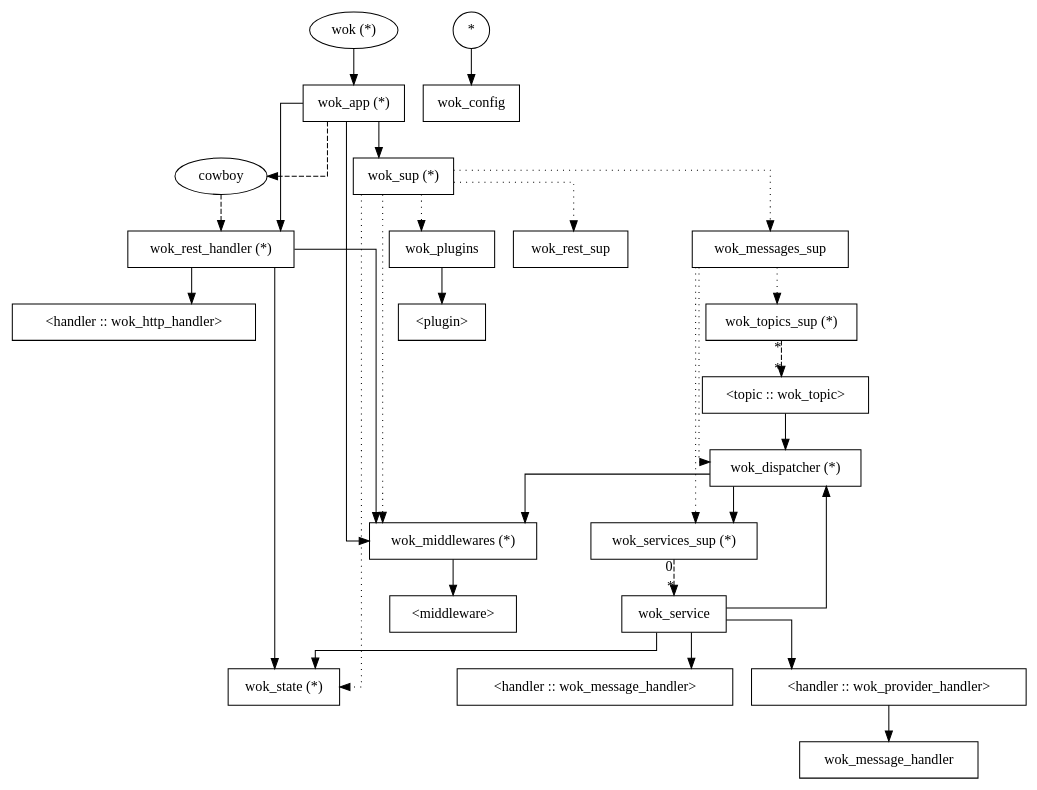
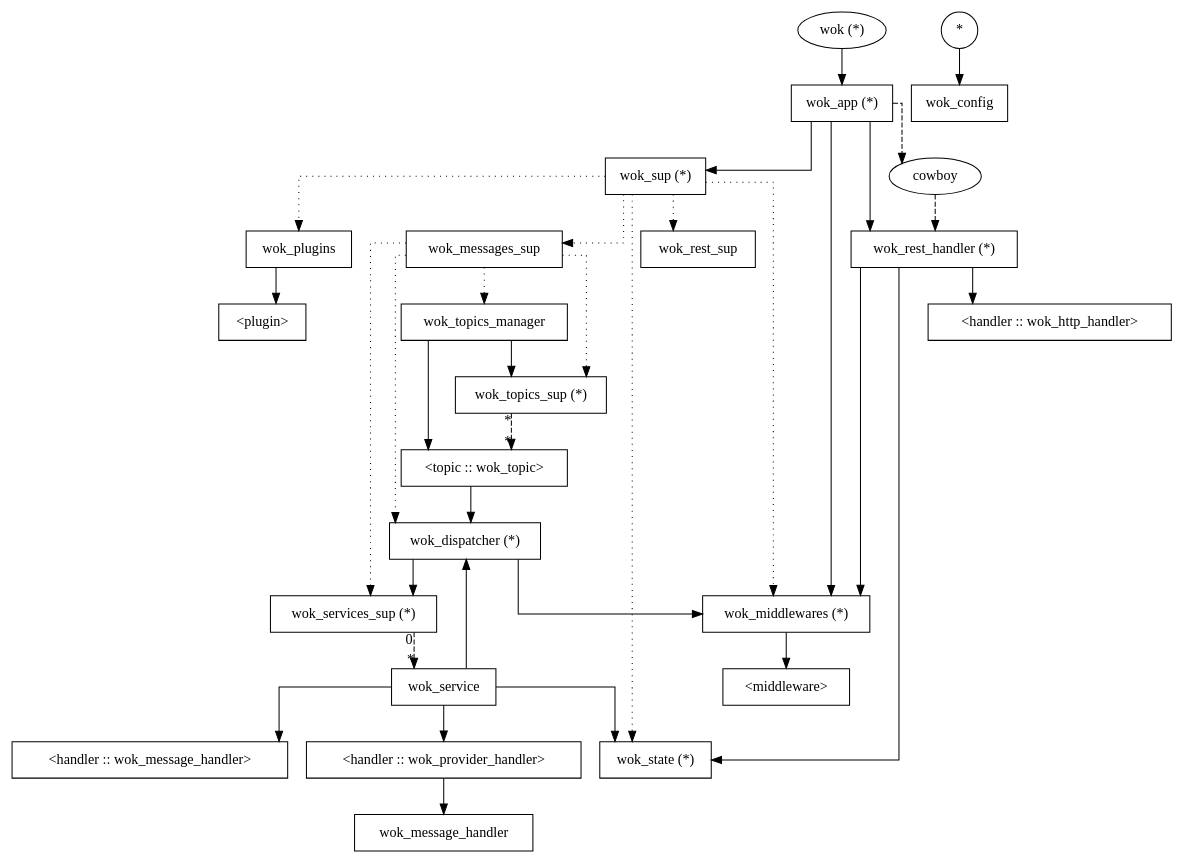
The diagram in wok.call.gv (botsunit/wok), drawn with Graphviz before and after one commit. The commit also changed 12 other files, not shown here.

Commit message:
Add topic manager

```diff
--- a/wok.call.gv
+++ b/wok.call.gv
@@ -1,67 +1,71 @@
 digraph wok {
   node[shape=box];
-  graph[ 
+  graph[
     overlap=false,
     splines=ortho
-  ] 
+  ]
 
   wok[shape=oval, label="wok (*)"];
   wok_app[label="wok_app (*)"];
   wok_sup[label="wok_sup (*)"];
   wok_rest_handler[label="wok_rest_handler (*)"];
   wok_middlewares[label="wok_middlewares (*)"];
   wok_dispatcher[label="wok_dispatcher (*)"];
   wok_services_sup[label="wok_services_sup (*)"];
   wok_topics_sup[label="wok_topics_sup (*)"];
   wok_topic[label="wok_topic (*)"];
   wok_state[label="wok_state (*)"];
   cowboy[shape=oval];
   __wok_config__[shape=circle, label="*"];
   wok_topic[label = "<topic :: wok_topic>"];
 
   wok -> wok_app;
 
   wok_app -> wok_sup;
   wok_app -> cowboy [style=dashed];
   wok_app -> wok_rest_handler;
   wok_app -> wok_middlewares;
 
   wok_sup -> wok_messages_sup [style=dotted];
   wok_sup -> wok_rest_sup [style=dotted];
   wok_sup -> wok_plugins [style=dotted];
   wok_sup -> wok_middlewares [style=dotted];
   wok_sup -> wok_state [style=dotted];
 
   wok_plugins -> "<plugin>";
 
   cowboy -> wok_rest_handler [style=dashed];
 
   wok_rest_handler -> "<handler :: wok_http_handler>";
   wok_rest_handler -> wok_middlewares;
   wok_rest_handler -> wok_state;
 
   wok_middlewares -> "<middleware>";
 
   wok_messages_sup -> wok_dispatcher [style=dotted];
   wok_messages_sup -> wok_services_sup [style=dotted];
   wok_messages_sup -> wok_topics_sup [style=dotted];
+  wok_messages_sup -> wok_topics_manager [style=dotted];
+
+  wok_topics_manager -> wok_topics_sup;
+  wok_topics_manager -> wok_topic;
 
   wok_dispatcher -> wok_services_sup;
   wok_dispatcher -> wok_middlewares;
 
   wok_services_sup -> wok_service [style=dashed, headlabel="*", taillabel="0"];
 
   wok_topics_sup -> wok_topic [style=dashed, headlabel="*", taillabel="*"];
 
   wok_topic -> wok_dispatcher;
 
   wok_service -> wok_dispatcher;
   wok_service -> "<handler :: wok_message_handler>";
   wok_service -> "<handler :: wok_provider_handler>";
   wok_service -> wok_state
 
-  
+
   "<handler :: wok_provider_handler>" -> wok_message_handler;
 
   __wok_config__ -> wok_config;
 }
```
